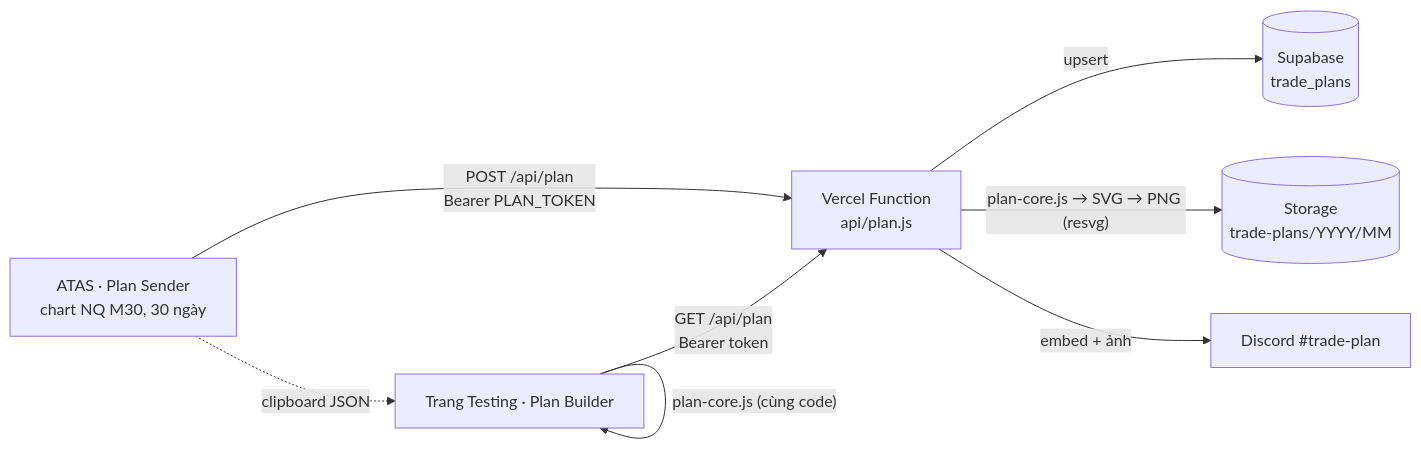
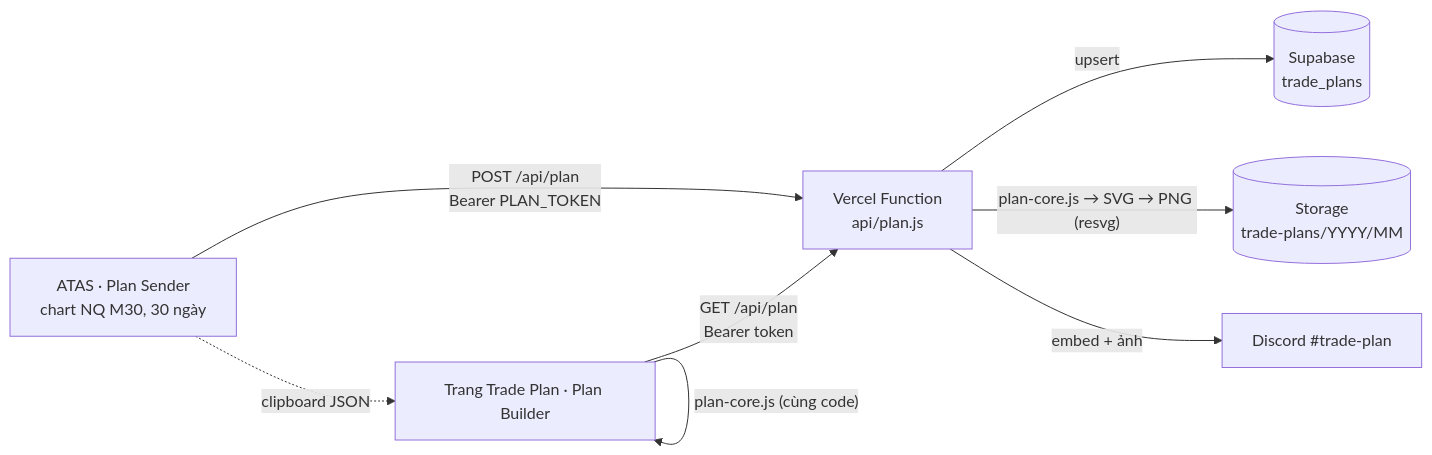
The diagram in claude/02-kien-truc.md (HiamDeren/orderflow-trading-system), drawn with Mermaid before and after one commit. The commit also changed other lines of this file and 50 other files, not shown here.

First line of the commit message:
Gộp Plan Builder và Testing plan thành trang Trade Plan (system chính)

````diff
--- a/claude/02-kien-truc.md
+++ b/claude/02-kien-truc.md
@@ -16,10 +16,10 @@
 ```mermaid
 flowchart LR
   A[ATAS · Plan Sender<br/>chart NQ M30, 30 ngày] -- "POST /api/plan<br/>Bearer PLAN_TOKEN" --> B[Vercel Function<br/>api/plan.js]
   A -. "clipboard JSON" .-> W
   B -- upsert --> C[(Supabase<br/>trade_plans)]
   B -- "plan-core.js → SVG → PNG (resvg)" --> D[(Storage<br/>trade-plans/YYYY/MM)]
   B -- "embed + ảnh" --> E[Discord #trade-plan]
-  W[Trang Testing · Plan Builder] -- "GET /api/plan<br/>Bearer token" --> B
+  W[Trang Trade Plan · Plan Builder] -- "GET /api/plan<br/>Bearer token" --> B
   W -- "plan-core.js (cùng code)" --> W
 ```
````
